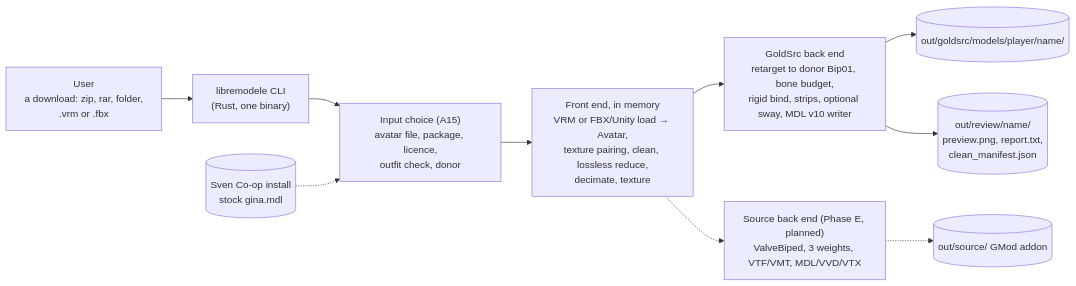
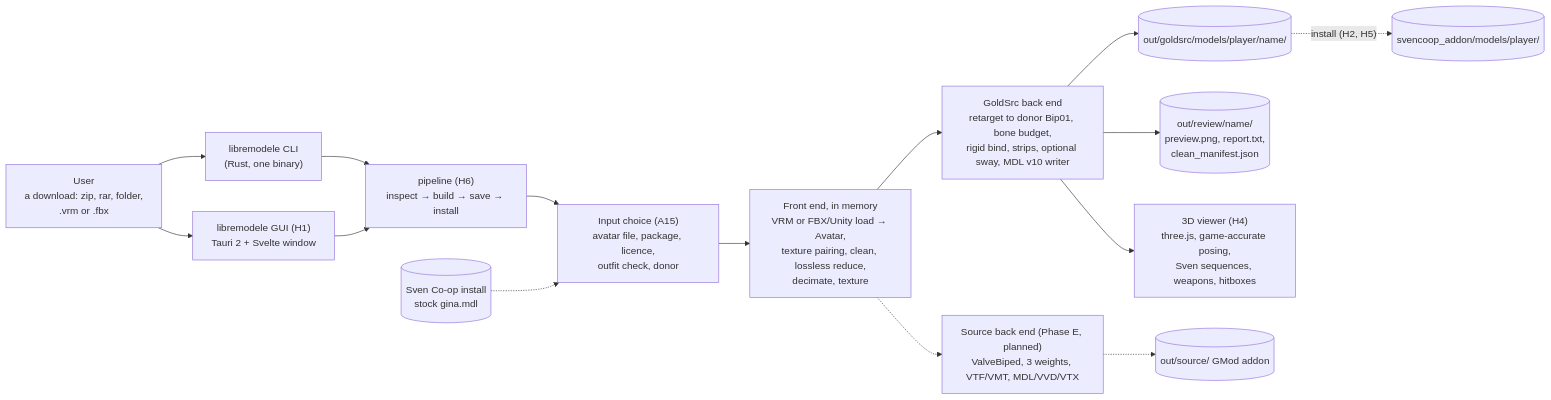
Before and after one commit to kritzerenkrieg/libremodele: the diagram in ARCHITECTURE.md, drawn with Mermaid. The commit also changed other lines of this file and 15 other files, not shown here.

First line of the commit message:
GUI: backend commands, Svelte UI, live 3D viewer; README (H2–H6)

````diff
--- a/ARCHITECTURE.md
+++ b/ARCHITECTURE.md
@@ -7,12 +7,17 @@
 ```mermaid
 flowchart LR
     User["User<br/>a download: zip, rar, folder,<br/>.vrm or .fbx"] --> Cli["libremodele CLI<br/>(Rust, one binary)"]
-    Cli --> Choose["Input choice (A15)<br/>avatar file, package, licence,<br/>outfit check, donor"]
+    User --> Gui["libremodele GUI (H1)<br/>Tauri 2 + Svelte window"]
+    Cli --> Pipe["pipeline (H6)<br/>inspect → build → save → install"]
+    Gui --> Pipe
+    Pipe --> Choose["Input choice (A15)<br/>avatar file, package, licence,<br/>outfit check, donor"]
     Choose --> Front["Front end, in memory<br/>VRM or FBX/Unity load → Avatar,<br/>texture pairing, clean, lossless reduce,<br/>decimate, texture"]
     Steam[("Sven Co-op install<br/>stock gina.mdl")] -.-> Choose
     Front --> Gold["GoldSrc back end<br/>retarget to donor Bip01, bone budget,<br/>rigid bind, strips, optional sway, MDL v10 writer"]
     Front -.-> Src["Source back end (Phase E, planned)<br/>ValveBiped, 3 weights, VTF/VMT, MDL/VVD/VTX"]
     Gold --> OutGold[("out/goldsrc/models/player/name/")]
     Gold --> Review[("out/review/name/<br/>preview.png, report.txt,<br/>clean_manifest.json")]
+    Gold --> Viewer["3D viewer (H4)<br/>three.js, game-accurate posing,<br/>Sven sequences, weapons, hitboxes"]
+    OutGold -. "install (H2, H5)" .-> Addon[("svencoop_addon/models/player/")]
     Src -.-> OutSrc[("out/source/ GMod addon")]
 ```
````
